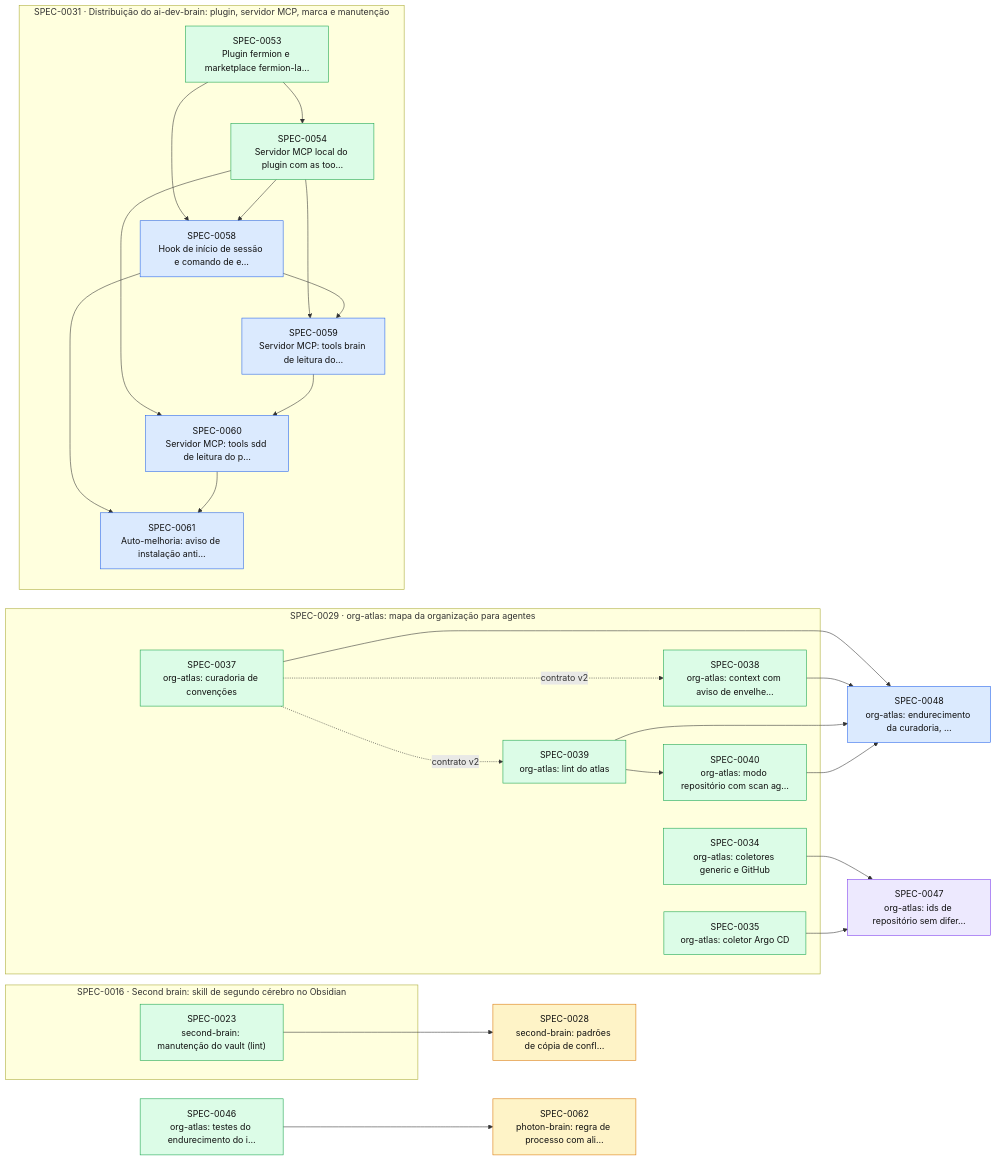
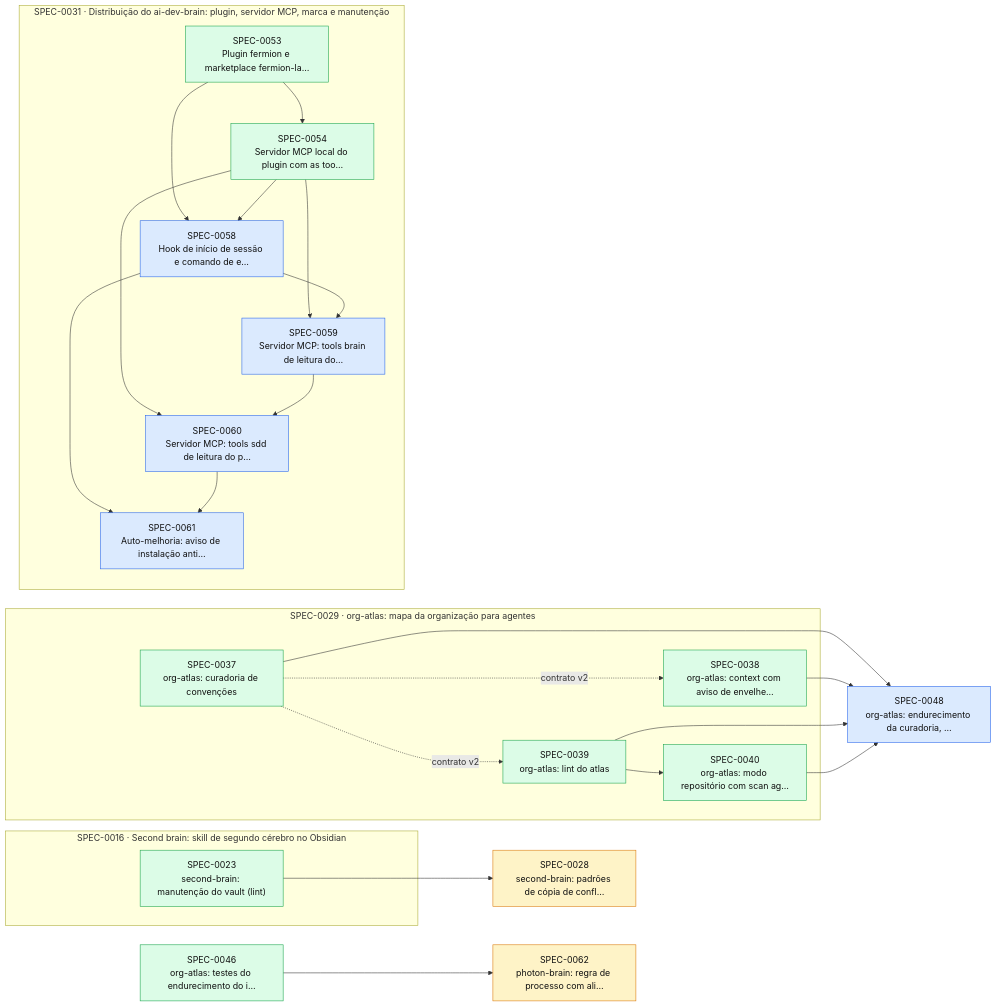
The diagram in docs/specs/INDEX.md (thomasravache/ai-dev-brain), drawn with Mermaid before and after one commit. The commit also changed other lines of this file and 1 other file, not shown here.

First line of the commit message:
docs(specs): G7 e fechamento da SPEC-0047

````diff
--- a/docs/specs/INDEX.md
+++ b/docs/specs/INDEX.md
@@ -55,52 +54,47 @@
 ```mermaid
 flowchart LR
   S0028["SPEC-0028<br/>second-brain: padrões de cópia de confl…"]:::proposed
   S0046["SPEC-0046<br/>org-atlas: testes do endurecimento do i…"]:::implemented
-  S0047["SPEC-0047<br/>org-atlas: ids de repositório sem difer…"]:::inprogress
   S0048["SPEC-0048<br/>org-atlas: endurecimento da curadoria, …"]:::approved
   S0062["SPEC-0062<br/>photon-brain: regra de processo com ali…"]:::proposed
   subgraph E0016["SPEC-0016 · Second brain: skill de segundo cérebro no Obsidian"]
     S0023["SPEC-0023<br/>second-brain: manutenção do vault (lint)"]:::implemented
   end
   subgraph E0029["SPEC-0029 · org-atlas: mapa da organização para agentes"]
-    S0034["SPEC-0034<br/>org-atlas: coletores generic e GitHub"]:::implemented
-    S0035["SPEC-0035<br/>org-atlas: coletor Argo CD"]:::implemented
     S0037["SPEC-0037<br/>org-atlas: curadoria de convenções"]:::implemented
     S0038["SPEC-0038<br/>org-atlas: context com aviso de envelhe…"]:::implemented
     S0039["SPEC-0039<br/>org-atlas: lint do atlas"]:::implemented
     S0040["SPEC-0040<br/>org-atlas: modo repositório com scan ag…"]:::implemented
   end
   subgraph E0031["SPEC-0031 · Distribuição do ai-dev-brain: plugin, servidor MCP, marca e manutenção"]
     S0053["SPEC-0053<br/>Plugin fermion e marketplace fermion-la…"]:::implemented
     S0054["SPEC-0054<br/>Servidor MCP local do plugin com as too…"]:::implemented
     S0058["SPEC-0058<br/>Hook de início de sessão e comando de e…"]:::approved
     S0059["SPEC-0059<br/>Servidor MCP: tools brain de leitura do…"]:::approved
     S0060["SPEC-0060<br/>Servidor MCP: tools sdd de leitura do p…"]:::approved
     S0061["SPEC-0061<br/>Auto-melhoria: aviso de instalação anti…"]:::approved
   end
   S0023 --> S0028
   S0037 -. contrato v2 .-> S0038
   S0037 -. contrato v2 .-> S0039
   S0039 --> S0040
-  S0034 --> S0047
-  S0035 --> S0047
   S0037 --> S0048
   S0038 --> S0048
   S0039 --> S0048
   S0040 --> S0048
   S0053 --> S0054
   S0053 --> S0058
   S0054 --> S0058
   S0054 --> S0059
   S0058 --> S0059
   S0054 --> S0060
   S0059 --> S0060
   S0058 --> S0061
   S0060 --> S0061
   S0046 --> S0062
   classDef proposed fill:#fef3c7,stroke:#d97706,color:#111
   classDef approved fill:#dbeafe,stroke:#2563eb,color:#111
   classDef inprogress fill:#ede9fe,stroke:#7c3aed,color:#111
   classDef implemented fill:#dcfce7,stroke:#16a34a,color:#111
   classDef deprecated fill:#f3f4f6,stroke:#9ca3af,color:#6b7280
 ```
````
